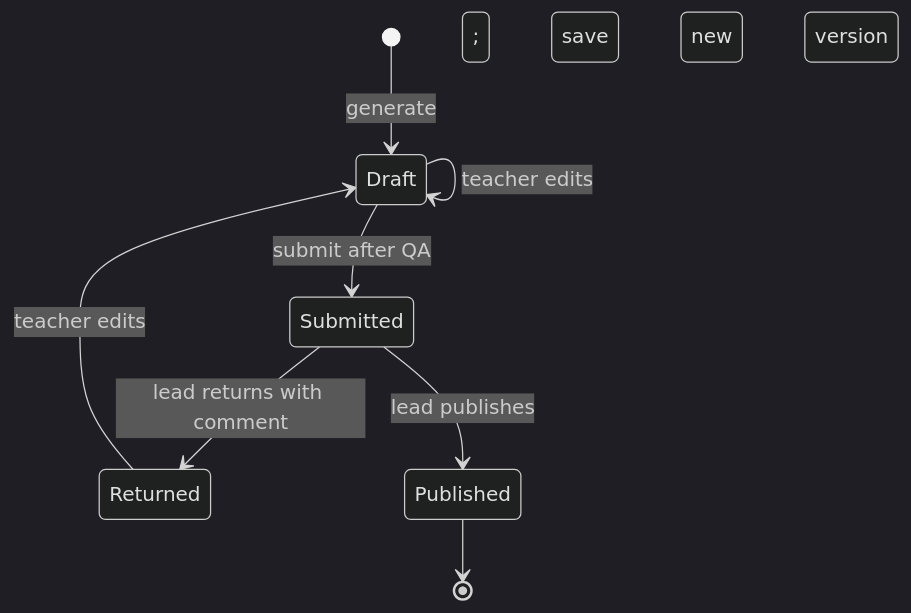
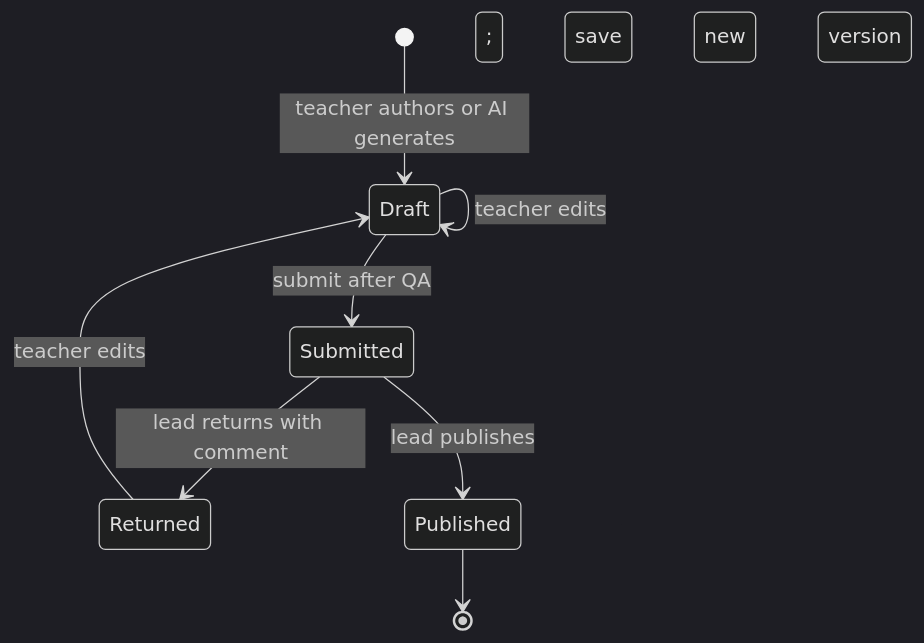
One commit to steekam/nova-takehome changed the diagram in docs/architecture.md. Above: the diagram before and after it, drawn with Mermaid (dark theme). The commit also changed other lines of this file and 9 other files, not shown here.

````diff
--- a/docs/architecture.md
+++ b/docs/architecture.md
@@ -16,10 +16,10 @@
 ```mermaid
 stateDiagram-v2
-  [*] --> Draft: generate
+  [*] --> Draft: teacher authors or AI generates
   Draft --> Draft: teacher edits; save new version
   Draft --> Submitted: submit after QA
   Submitted --> Returned: lead returns with comment
   Submitted --> Published: lead publishes
   Returned --> Draft: teacher edits
   Published --> [*]
 ```
````
